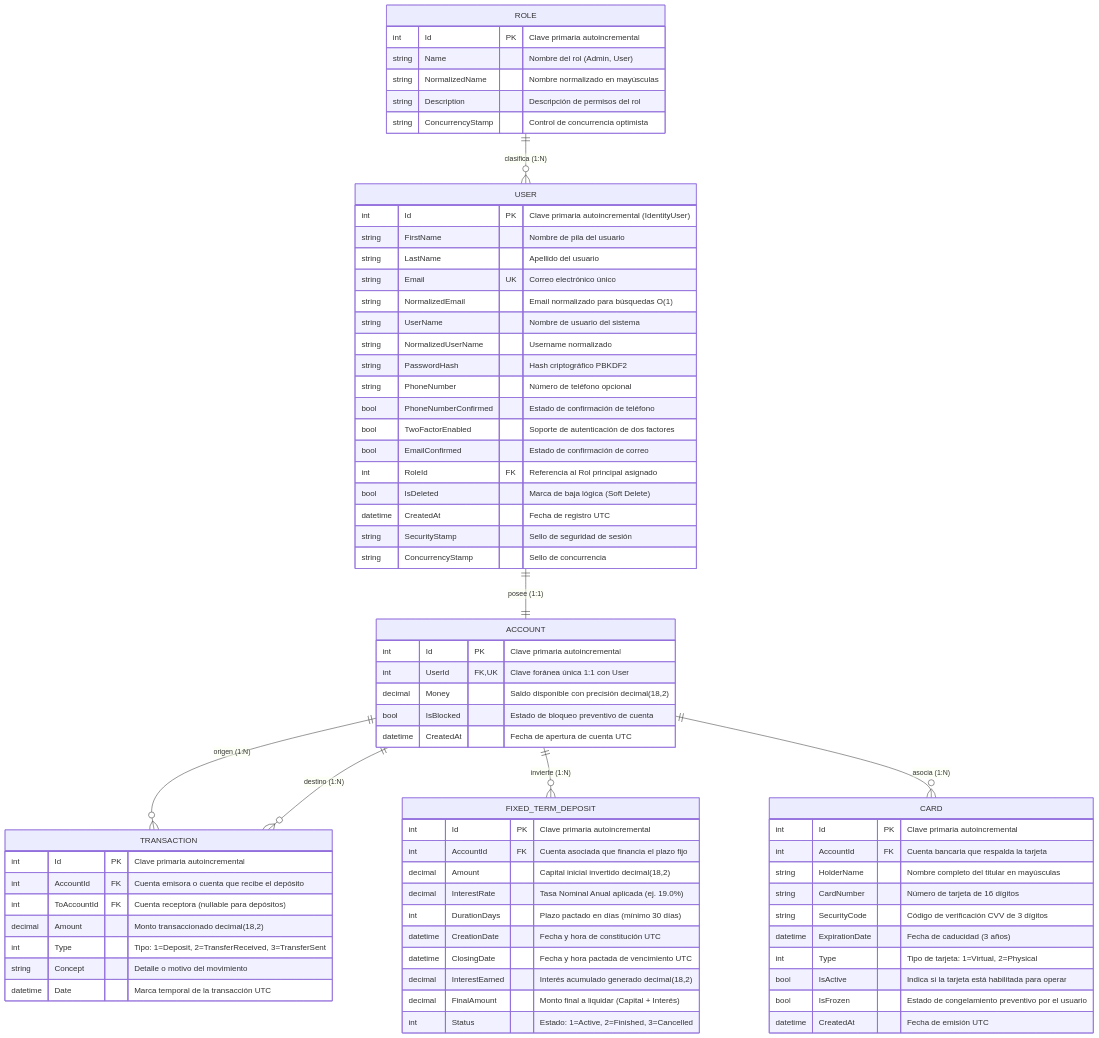
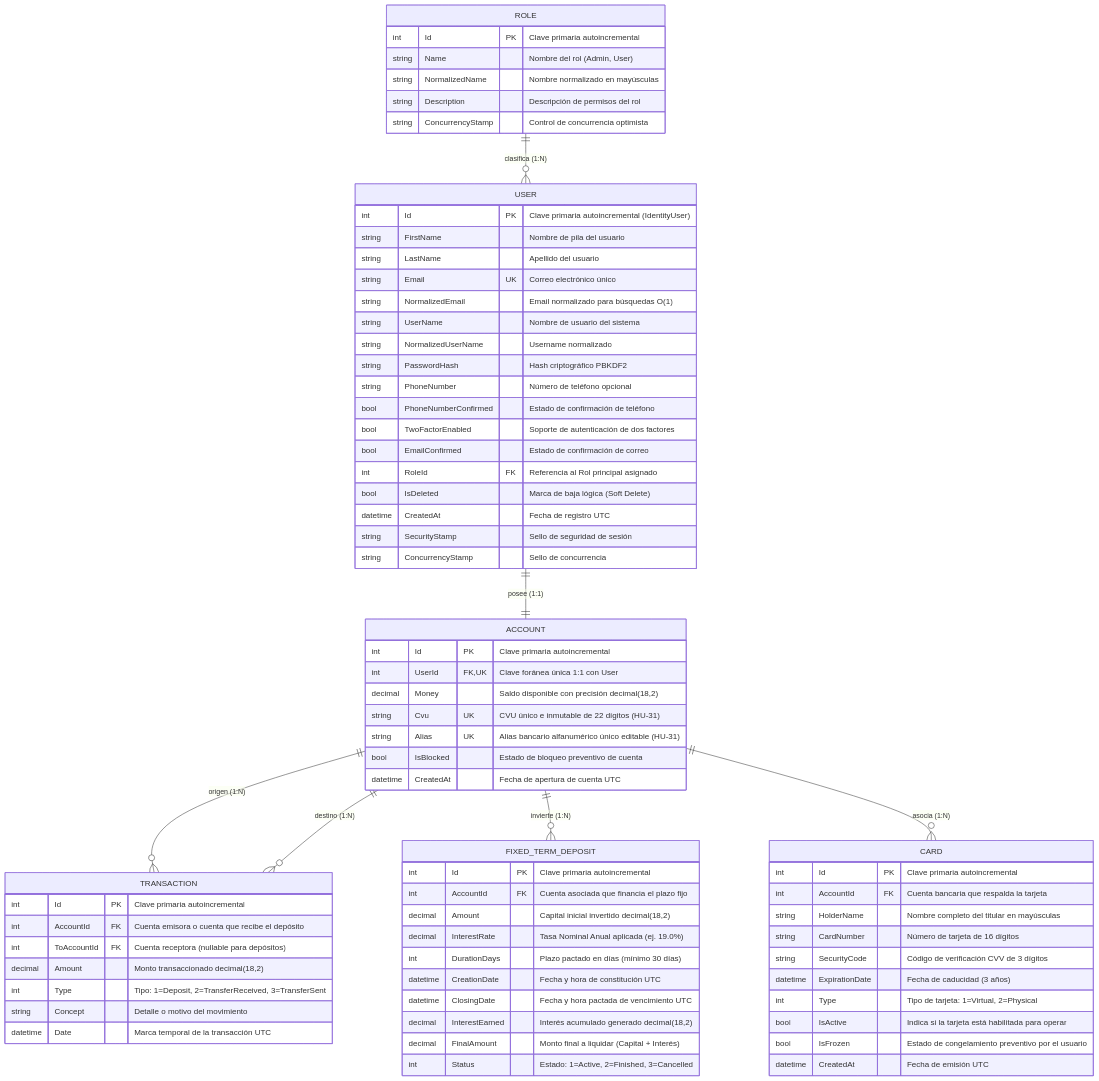
One commit to MicaMulato/Squad-stack changed the diagram in docs/diagrama-er.md. Above: the diagram before and after it, drawn with Mermaid. The commit also changed other lines of this file and 5 other files, not shown here.

Commit message:
docs: update postman collection, er diagram and backend documentation for sprint 2 & cvu/alias

```diff
--- a/docs/diagrama-er.md
+++ b/docs/diagrama-er.md
@@ -49,6 +49,8 @@
         int Id PK "Clave primaria autoincremental"
         int UserId FK,UK "Clave foránea única 1:1 con User"
         decimal Money "Saldo disponible con precisión decimal(18,2)"
+        string Cvu UK "CVU único e inmutable de 22 dígitos (HU-31)"
+        string Alias UK "Alias bancario alfanumérico único editable (HU-31)"
         bool IsBlocked "Estado de bloqueo preventivo de cuenta"
         datetime CreatedAt "Fecha de apertura de cuenta UTC"
     }
```
